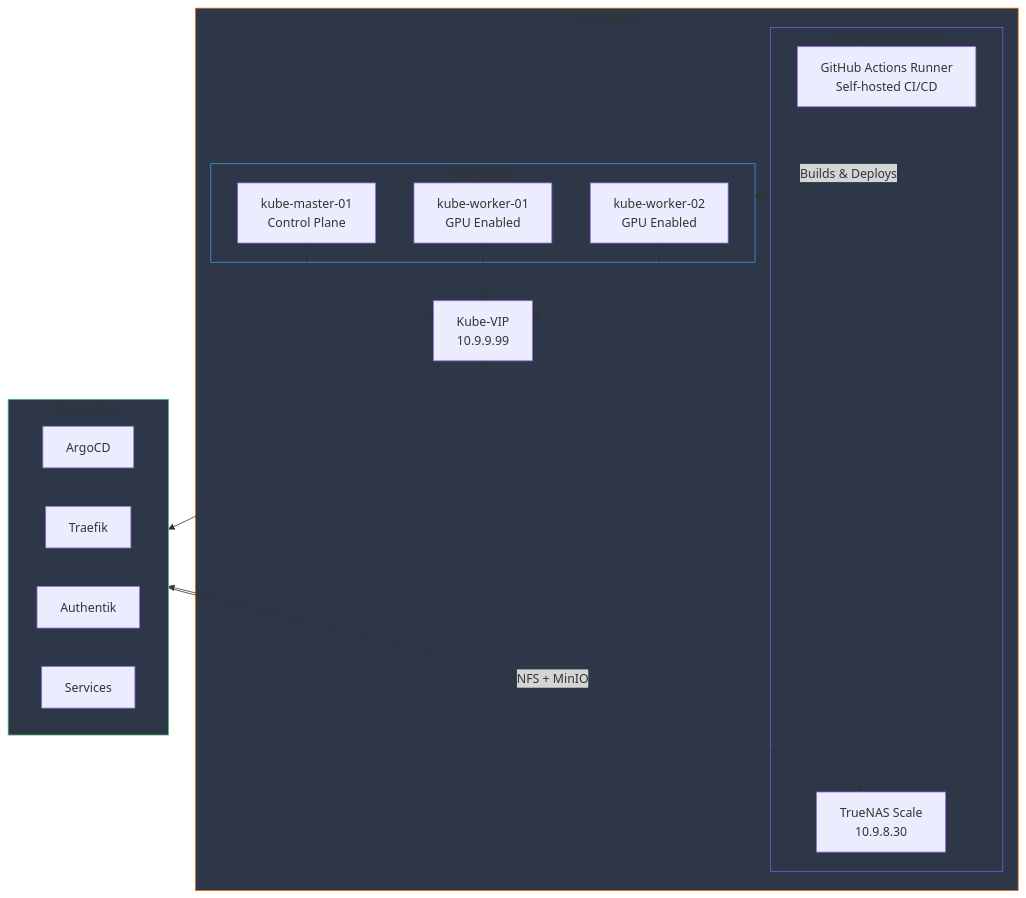
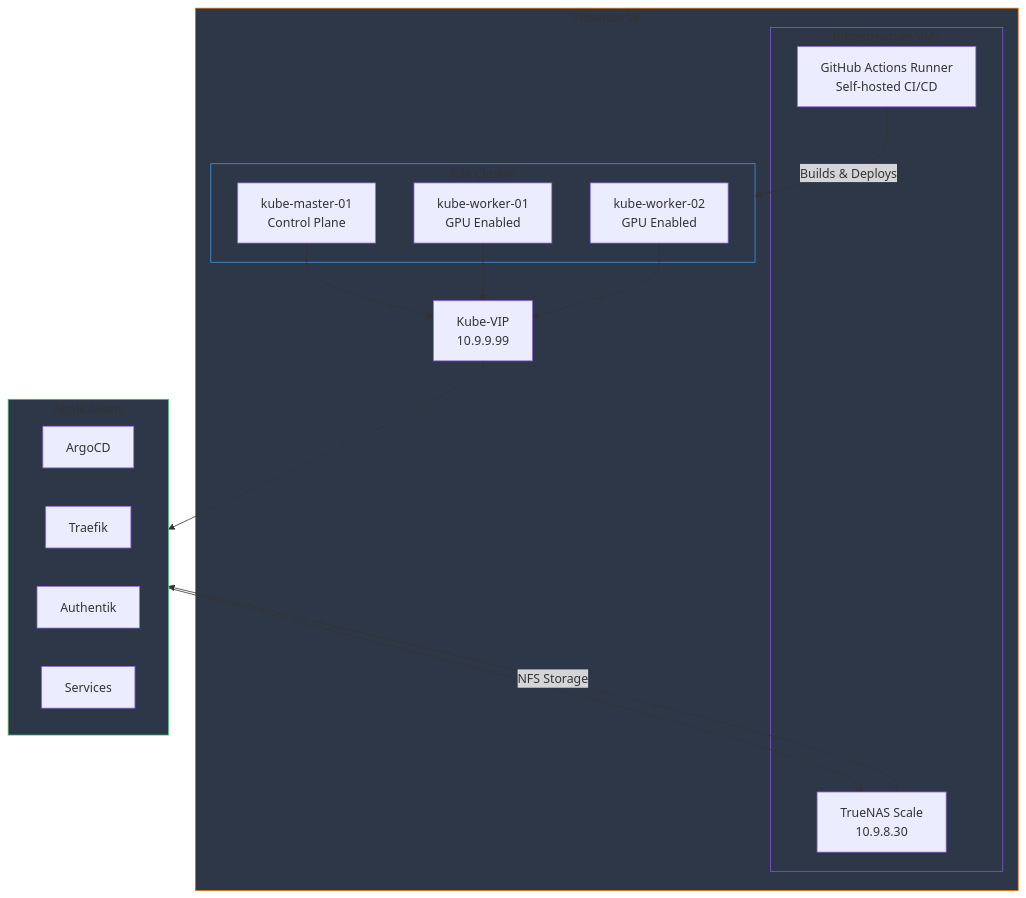
Before and after one commit to Starktastic-Homelab/.github: the second of 6 diagrams in profile/README.md, drawn with Mermaid. The commit also changed other lines of this file, not shown here.

Commit message:
docs: clarify MinIO runs on runner, not TrueNAS

````diff
--- a/profile/README.md
+++ b/profile/README.md
@@ -45,37 +45,37 @@
 ```mermaid
 flowchart TB
     subgraph Proxmox["Proxmox VE"]
         subgraph Cluster["K3s Cluster"]
             Master["kube-master-01<br/>Control Plane"]
             Worker1["kube-worker-01<br/>GPU Enabled"]
             Worker2["kube-worker-02<br/>GPU Enabled"]
         end
         
         VIP["Kube-VIP<br/>10.9.9.99"]
         
         subgraph Infrastructure["Infrastructure VMs"]
             Runner["GitHub Actions Runner<br/>Self-hosted CI/CD"]
             TrueNAS["TrueNAS Scale<br/>10.9.8.30"]
         end
     end
     
     subgraph Apps["Applications"]
         ArgoCD[ArgoCD]
         Traefik[Traefik]
         Authentik[Authentik]
         Services[Services]
     end
     
     Master --> VIP
     Worker1 --> VIP
     Worker2 --> VIP
     VIP --> Apps
     Apps --> TrueNAS
     Runner -->|"Builds & Deploys"| Cluster
-    TrueNAS -->|"NFS + MinIO"| Apps
+    TrueNAS -->|"NFS Storage"| Apps
     
     style Proxmox fill:#2d3748,stroke:#e57000
     style Cluster fill:#2d3748,stroke:#4299e1
     style Infrastructure fill:#2d3748,stroke:#805ad5
     style Apps fill:#2d3748,stroke:#48bb78
 ```
````
